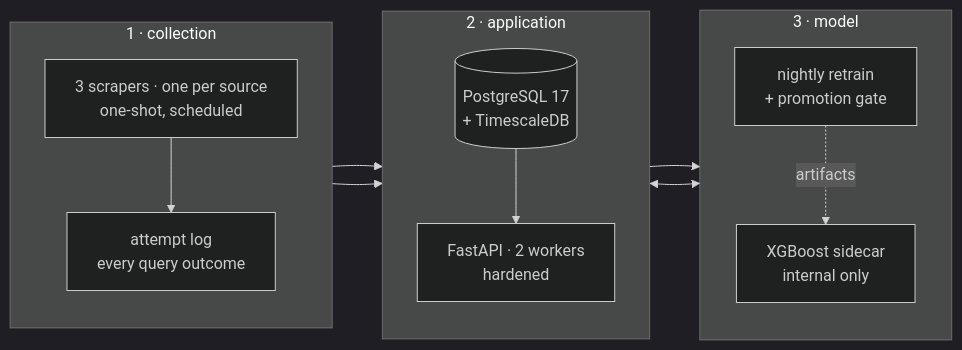
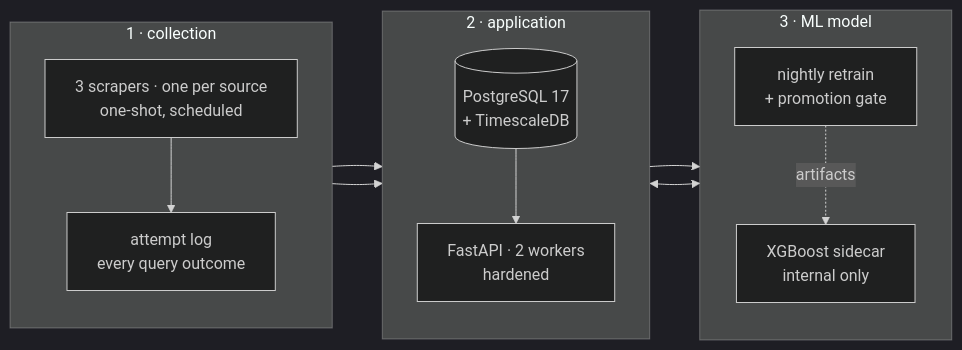
Before and after one commit to klauslila/skaisearch-showcase: the second of 9 diagrams in README.md, drawn with Mermaid (dark theme). The commit also changed other lines of this file, not shown here.

First line of the commit message:
Name the AI model, and the architecture vocabulary the write-up was missing

````diff
--- a/README.md
+++ b/README.md
@@ -79,25 +81,25 @@
 ```mermaid
 flowchart LR
   subgraph COL["1 · collection"]
     direction TB
     SC["3 scrapers · one per source<br/>one-shot, scheduled"]
     AT["attempt log<br/>every query outcome"]
     SC --> AT
   end
   subgraph APP["2 · application"]
     direction TB
     PG[("PostgreSQL 17<br/>+ TimescaleDB")]
     API2["FastAPI · 2 workers<br/>hardened"]
     PG --> API2
   end
-  subgraph MOD["3 · model"]
+  subgraph MOD["3 · ML model"]
     direction TB
     NJ["nightly retrain<br/>+ promotion gate"]
     FP["XGBoost sidecar<br/>internal only"]
     NJ -.artifacts.-> FP
   end
   SC --> PG
   AT --> PG
   PG --> NJ
   API2 <--> FP
 ```
````
